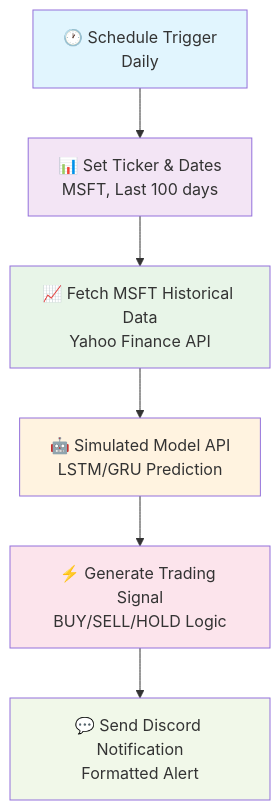
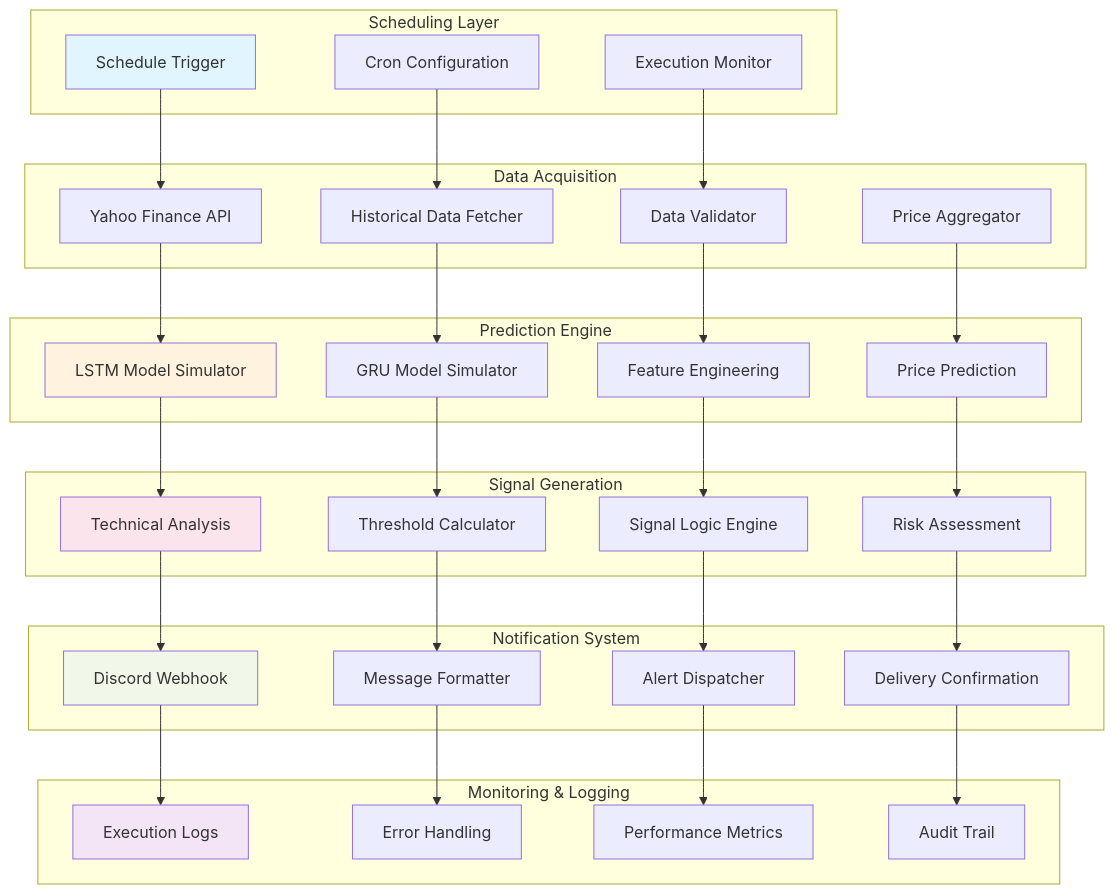
One commit to somesh-ghaturle/Projects changed the first of 5 diagrams in Microsoft Stock Price Prediction Workflow (n8n)/README.md. Above: the diagram before and after it, drawn with Mermaid. The commit also changed other lines of this file and 3 other files, not shown here.

````diff
--- a/Microsoft Stock Price Prediction Workflow (n8n)/README.md
+++ b/Microsoft Stock Price Prediction Workflow (n8n)/README.md
@@ -9,15 +26,73 @@
 ```mermaid
-flowchart TD
-    A[🕐 Schedule Trigger<br/>Daily] --> B[📊 Set Ticker & Dates<br/>MSFT, Last 100 days]
-    B --> C[📈 Fetch MSFT Historical Data<br/>Yahoo Finance API]
-    C --> D[🤖 Simulated Model API<br/>LSTM/GRU Prediction]
-    D --> E[⚡ Generate Trading Signal<br/>BUY/SELL/HOLD Logic]
-    E --> F[💬 Send Discord Notification<br/>Formatted Alert]
+graph TB
+    subgraph "Scheduling Layer"
+        A[Schedule Trigger]
+        B[Cron Configuration]
+        C[Execution Monitor]
+    end
+    
+    subgraph "Data Acquisition"
+        D[Yahoo Finance API]
+        E[Historical Data Fetcher]
+        F[Data Validator]
+        G[Price Aggregator]
+    end
+    
+    subgraph "Prediction Engine"
+        H[LSTM Model Simulator]
+        I[GRU Model Simulator]
+        J[Feature Engineering]
+        K[Price Prediction]
+    end
+    
+    subgraph "Signal Generation"
+        L[Technical Analysis]
+        M[Threshold Calculator]
+        N[Signal Logic Engine]
+        O[Risk Assessment]
+    end
+    
+    subgraph "Notification System"
+        P[Discord Webhook]
+        Q[Message Formatter]
+        R[Alert Dispatcher]
+        S[Delivery Confirmation]
+    end
+    
+    subgraph "Monitoring & Logging"
+        T[Execution Logs]
+        U[Error Handling]
+        V[Performance Metrics]
+        W[Audit Trail]
+    end
+    
+    A --> D
+    B --> E
+    C --> F
+    
+    D --> H
+    E --> I
+    F --> J
+    G --> K
+    
+    H --> L
+    I --> M
+    J --> N
+    K --> O
+    
+    L --> P
+    M --> Q
+    N --> R
+    O --> S
+    
+    P --> T
+    Q --> U
+    R --> V
+    S --> W
     
     style A fill:#e1f5fe
-    style B fill:#f3e5f5
-    style C fill:#e8f5e8
-    style D fill:#fff3e0
-    style E fill:#fce4ec
-    style F fill:#f1f8e9
+    style H fill:#fff3e0
+    style L fill:#fce4ec
+    style P fill:#f1f8e9
+    style T fill:#f3e5f5
 ```
````
